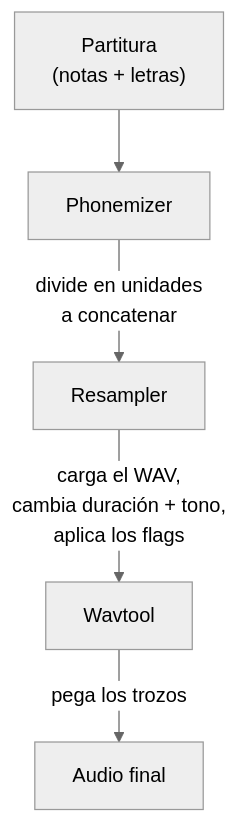
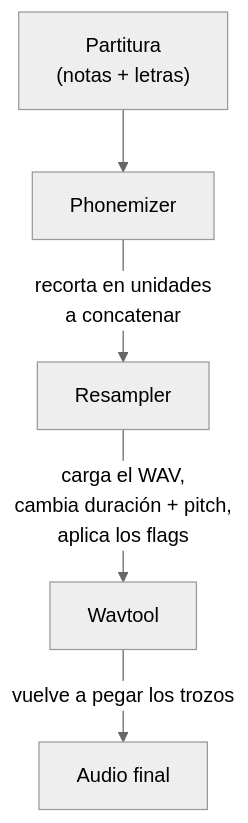
The second of 2 diagrams in public/articles/es/utau.md (fox3000foxy/fox3000foxy.github.io), drawn with Mermaid (neutral theme) before and after one commit. The commit also changed other lines of this file and 576 other files, not shown here.

````diff
--- a/public/articles/es/utau.md
+++ b/public/articles/es/utau.md
@@ -118,7 +118,7 @@
 ```mermaid
 flowchart TD
     A["Partitura<br/>(notas + letras)"] --> B[Phonemizer]
-    B -->|"divide en unidades<br/>a concatenar"| C[Resampler]
-    C -->|"carga el WAV,<br/>cambia duración + tono,<br/>aplica los flags"| D[Wavtool]
-    D -->|"pega los trozos"| E["Audio final"]
+    B -->|"recorta en unidades<br/>a concatenar"| C[Resampler]
+    C -->|"carga el WAV,<br/>cambia duración + pitch,<br/>aplica los flags"| D[Wavtool]
+    D -->|"vuelve a pegar los trozos"| E["Audio final"]
 ```
````
